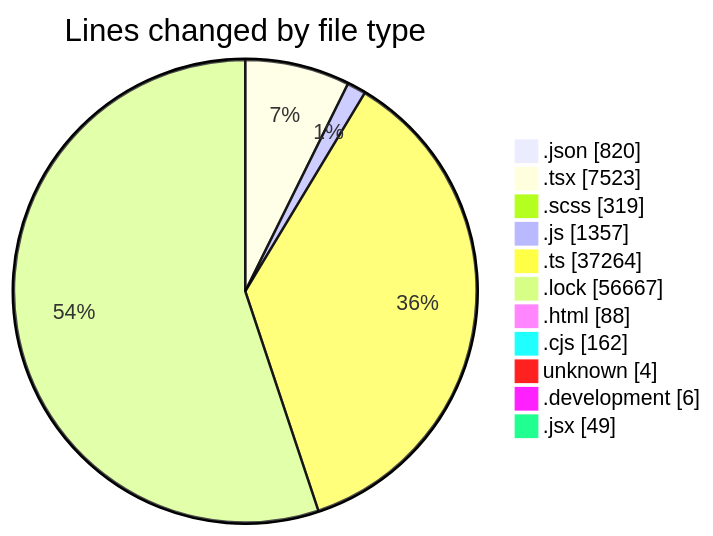
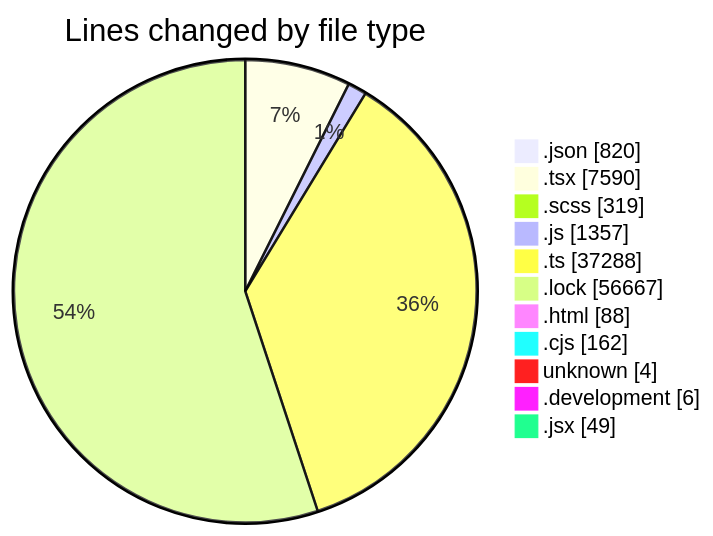
One commit to momahboobian/code-tracking changed the first of 2 diagrams in 2026-09-03/cda/README.md. Above: the diagram before and after it, drawn with Mermaid. The commit also changed other lines of this file and 1 other file, not shown here.

````diff
--- a/2026-09-03/cda/README.md
+++ b/2026-09-03/cda/README.md
@@ -110,15 +112,15 @@
 ```mermaid
 pie showData
 title Lines changed by file type
 ".json" : 820
-".tsx" : 7523
+".tsx" : 7590
 ".scss" : 319
 ".js" : 1357
-".ts" : 37264
+".ts" : 37288
 ".lock" : 56667
 ".html" : 88
 ".cjs" : 162
 "unknown" : 4
 ".development" : 6
 ".jsx" : 49
 ```
````
